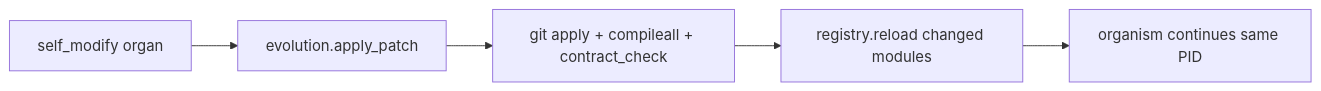
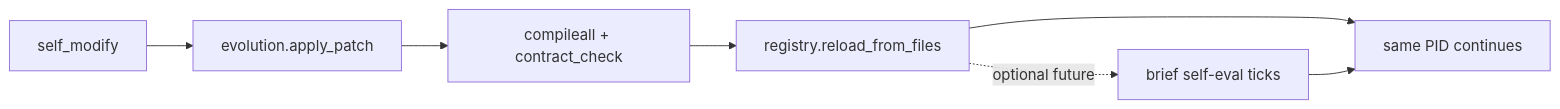
The first of 5 diagrams in README.md (wgabrys88/endgame-ai), drawn with Mermaid before and after one commit. The commit also changed other lines of this file, not shown here.

````diff
--- a/README.md
+++ b/README.md
@@ -68,7 +58,9 @@
 ```mermaid
 flowchart LR
-    SM[self_modify organ] --> EV[evolution.apply_patch]
-    EV --> GIT[git apply + compileall + contract_check]
-    GIT --> REL[registry.reload changed modules]
-    REL --> LOOP[organism continues same PID]
+    SM[self_modify] --> EV[evolution.apply_patch]
+    EV --> V[compileall + contract_check]
+    V --> REL[registry.reload_from_files]
+    REL --> LOOP[same PID continues]
+    REL -.->|optional future| EVAL[brief self-eval ticks]
+    EVAL --> LOOP
 ```
````
